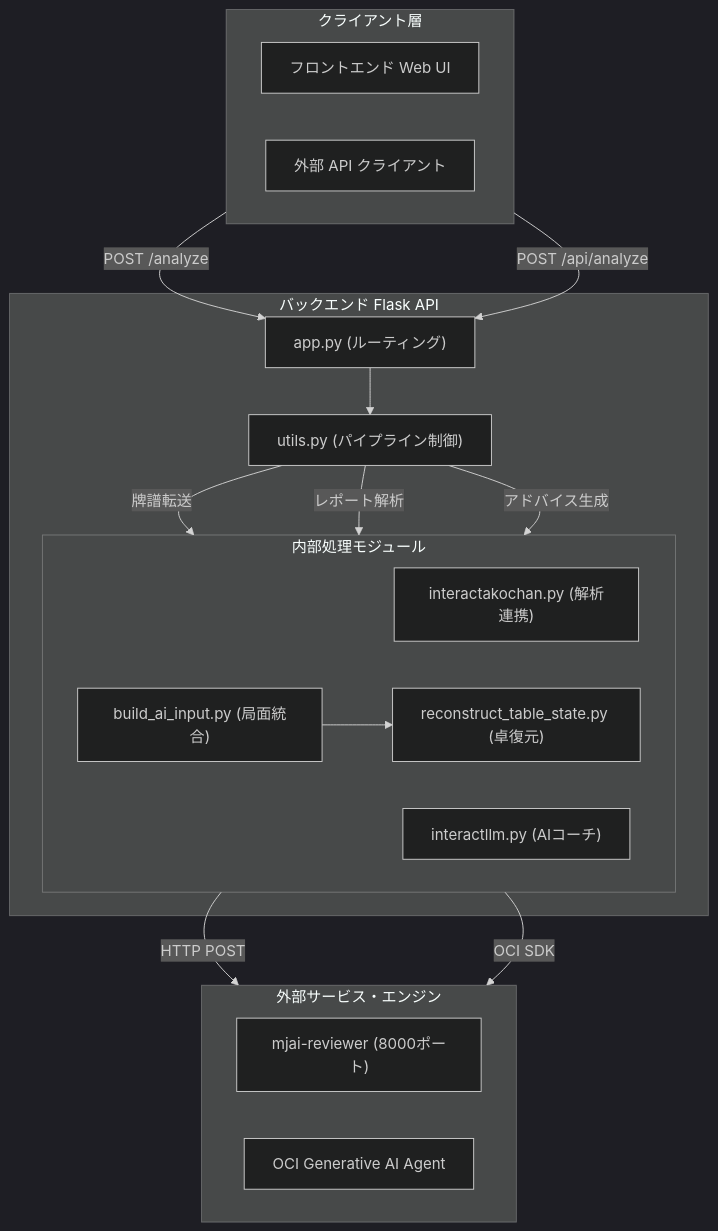
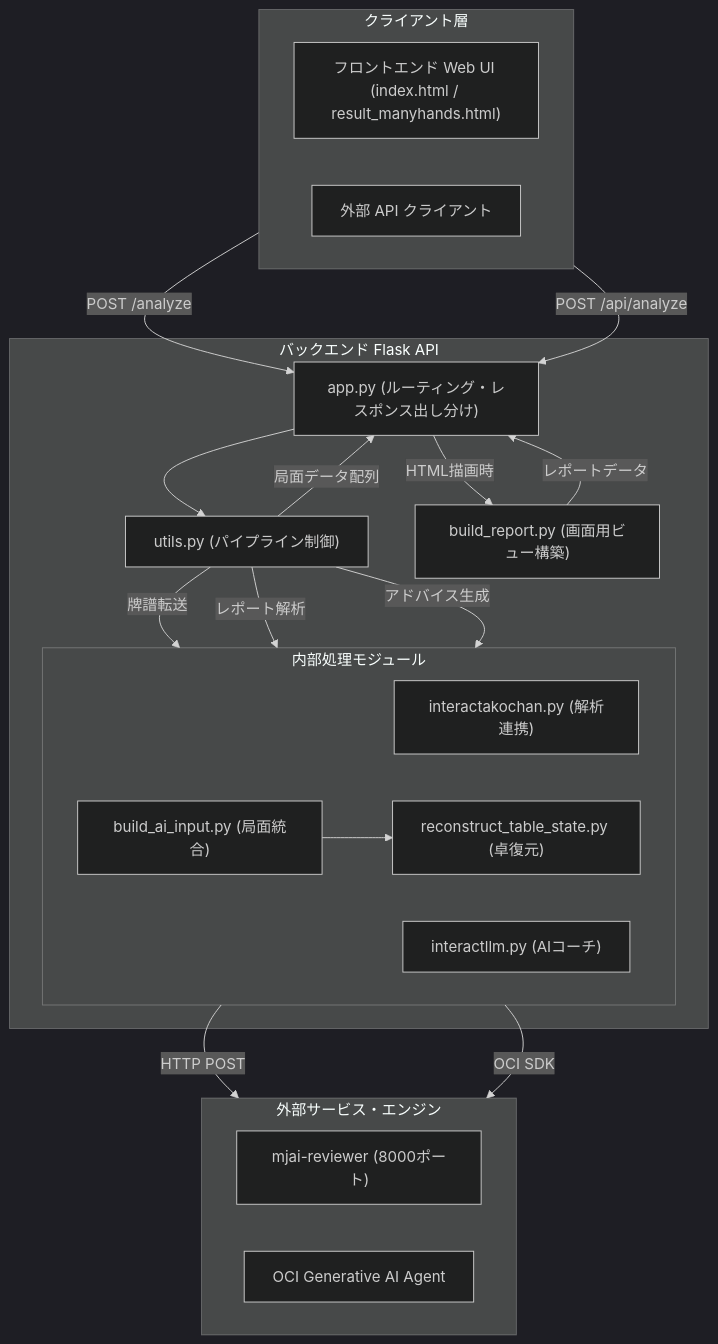
One commit to kr813/Mahjong-Coaching2 changed the first of 2 diagrams in docs/code_detail.md. Above: the diagram before and after it, drawn with Mermaid (dark theme). The commit also changed other lines of this file and 2 other files, not shown here.

Commit message:
docs: 最新のモジュール設計(build_report.py, templates)を反映しPDFを再生成

````diff
--- a/docs/code_detail.md
+++ b/docs/code_detail.md
@@ -9,40 +9,45 @@
 ```mermaid
 flowchart TD
     subgraph ClientLayer [クライアント層]
         direction LR
-        FE["フロントエンド Web UI"]
+        FE["フロントエンド Web UI (index.html / result_manyhands.html)"]
         CLI["外部 API クライアント"]
     end
 
     subgraph BackendLayer [バックエンド Flask API]
-        App["app.py (ルーティング)"]
+        App["app.py (ルーティング・レスポンス出し分け)"]
         Utils["utils.py (パイプライン制御)"]
+        BRep["build_report.py (画面用ビュー構築)"]
         
         subgraph SubModules [内部処理モジュール]
             direction LR
             IAK["interactakochan.py (解析連携)"]
             BAI["build_ai_input.py (局面統合)"]
             RTS["reconstruct_table_state.py (卓復元)"]
             LLM["interactllm.py (AIコーチ)"]
         end
     end
 
     subgraph ExternalLayer [外部サービス・エンジン]
         direction LR
         Akochan["mjai-reviewer (8000ポート)"]
         OCI["OCI Generative AI Agent"]
     end
 
     FE -->|POST /analyze| App
     CLI -->|POST /api/analyze| App
     App --> Utils
 
     Utils -->|牌譜転送| IAK
     IAK -->|HTTP POST| Akochan
 
     Utils -->|レポート解析| BAI
     BAI --> RTS
 
     Utils -->|アドバイス生成| LLM
     LLM -->|OCI SDK| OCI
+
+    Utils -->|局面データ配列| App
+    App -->|HTML描画時| BRep
+    BRep -->|レポートデータ| App
 ```
````
